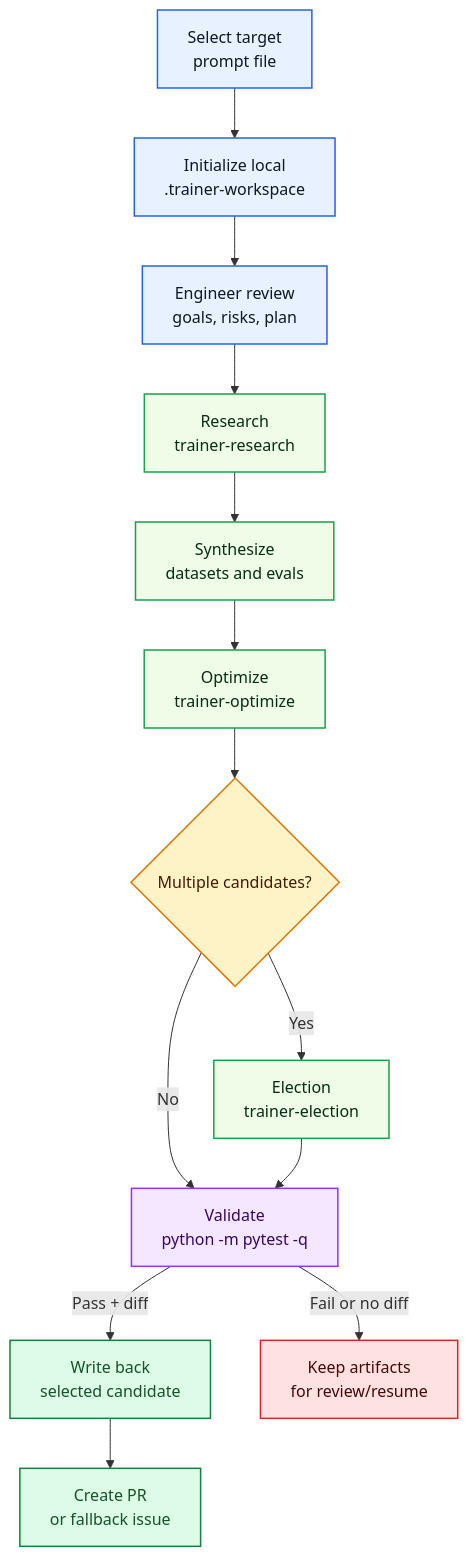
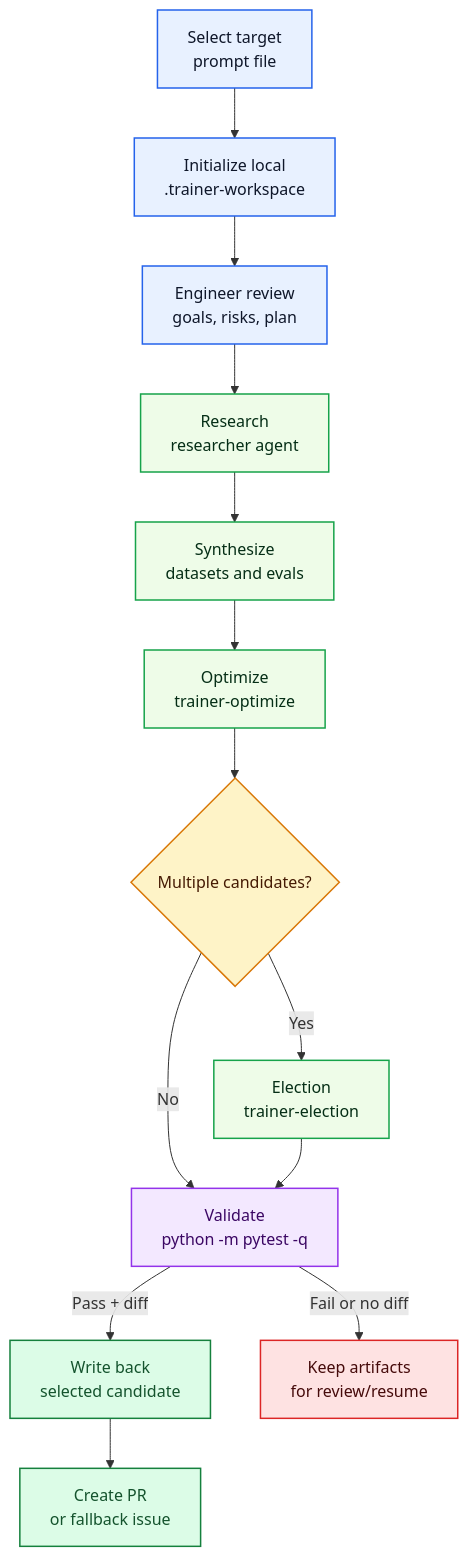
One commit to Tyler-R-Kendrick/copilot-auto-training changed the diagram in README.md. Above: the diagram before and after it, drawn with Mermaid. The commit also changed other lines of this file and 29 other files, not shown here.

First line of the commit message:
Add researcher agent and move research-stage ownership out of trainer (#41)

````diff
--- a/README.md
+++ b/README.md
@@ -105,33 +111,33 @@
 ```mermaid
 flowchart TD
     select["Select target
 prompt file"]:::setup --> workspace["Initialize local
 .trainer-workspace"]:::setup
     workspace --> review["Engineer review
 goals, risks, plan"]:::setup
     review --> research["Research
-trainer-research"]:::stage
+researcher agent"]:::stage
     research --> synthesize["Synthesize
 datasets and evals"]:::stage
     synthesize --> optimize["Optimize
 trainer-optimize"]:::stage
     optimize --> election{"Multiple candidates?"}:::decision
     election -->|Yes| elect["Election
 trainer-election"]:::stage
     election -->|No| validate["Validate
 python -m pytest -q"]:::validation
     elect --> validate
     validate -->|Pass + diff| writeback["Write back
 selected candidate"]:::success
     validate -->|Fail or no diff| checkpoint["Keep artifacts
 for review/resume"]:::warning
     writeback --> pr["Create PR
 or fallback issue"]:::success
 
     classDef setup fill:#E8F1FF,stroke:#2563EB,stroke-width:1.5px,color:#0F172A;
     classDef stage fill:#EEFCE8,stroke:#16A34A,stroke-width:1.5px,color:#052E16;
     classDef decision fill:#FEF3C7,stroke:#D97706,stroke-width:1.5px,color:#451A03;
     classDef validation fill:#F3E8FF,stroke:#9333EA,stroke-width:1.5px,color:#3B0764;
     classDef success fill:#DCFCE7,stroke:#15803D,stroke-width:1.5px,color:#14532D;
     classDef warning fill:#FEE2E2,stroke:#DC2626,stroke-width:1.5px,color:#450A0A;
 ```
````
